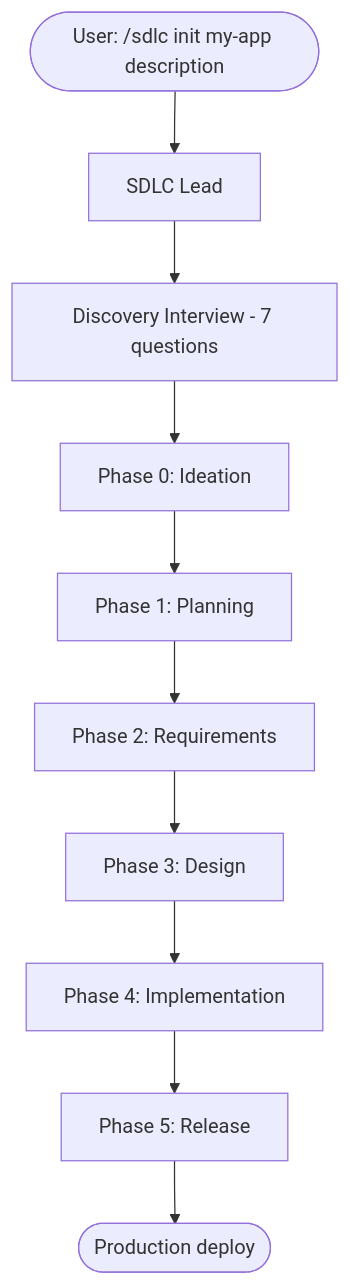
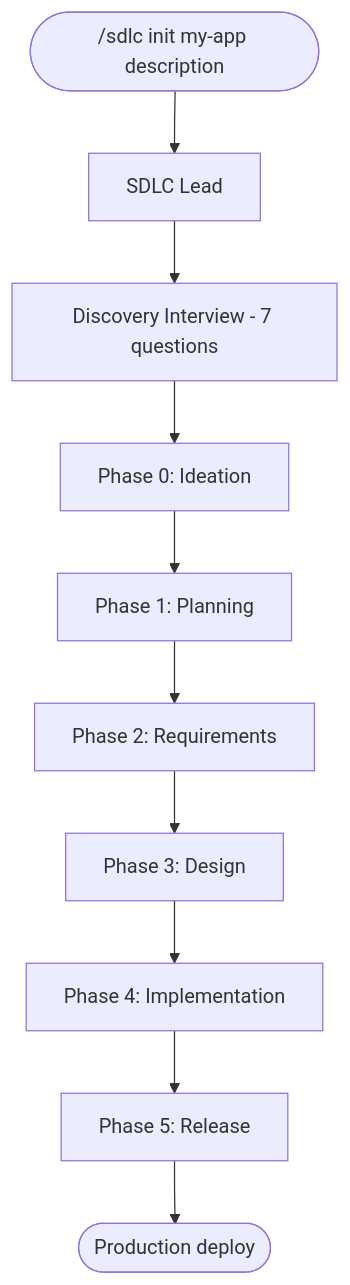
The first of 9 diagrams in docs/AGENT_PROCESS_FLOW.md (bpmforge/claude-experts), drawn with Mermaid before and after one commit. The commit also changed other lines of this file and 15 other files, not shown here.

First line of the commit message:
security: harden researcher, fix mermaid syntax, extend LLM security checks

````diff
--- a/docs/AGENT_PROCESS_FLOW.md
+++ b/docs/AGENT_PROCESS_FLOW.md
@@ -16,12 +16,12 @@
 ```mermaid
 flowchart TD
-    Start([User: /sdlc init my-app description]) --> Lead[SDLC Lead]
+    Start(["/sdlc init my-app description"]) --> Lead[SDLC Lead]
     Lead --> DI[Discovery Interview - 7 questions]
     DI --> P0[Phase 0: Ideation]
     P0 --> P1[Phase 1: Planning]
     P1 --> P2[Phase 2: Requirements]
     P2 --> P3[Phase 3: Design]
     P3 --> P4[Phase 4: Implementation]
     P4 --> P5[Phase 5: Release]
     P5 --> Done([Production deploy])
 ```
````
